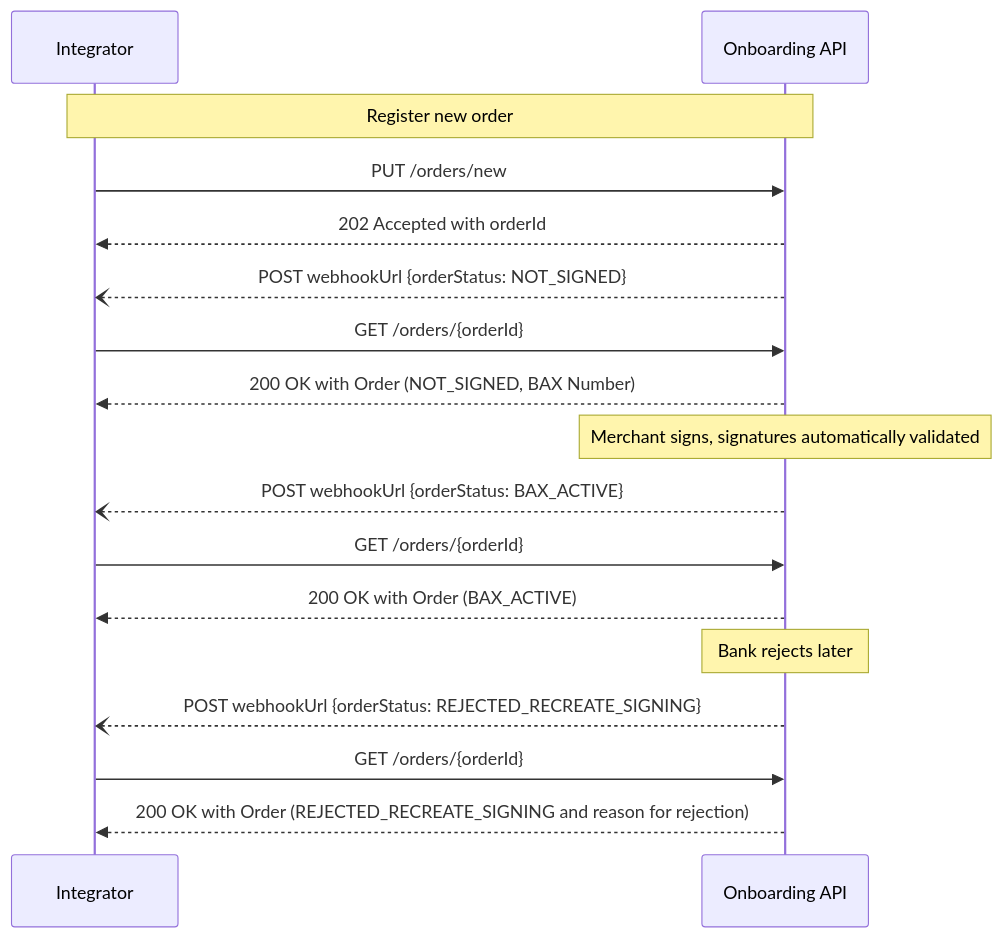
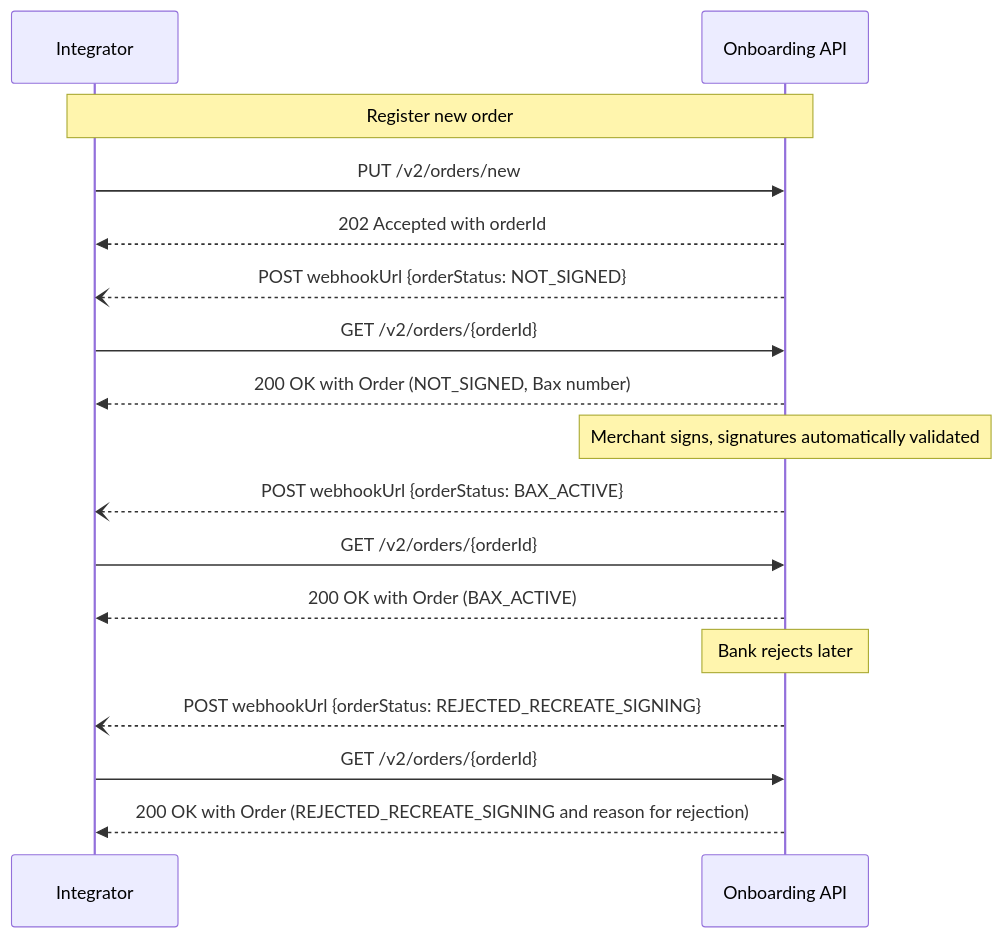
One commit to BankAxept/bankaxept-onboarding-external-documentation changed the seventh of 9 diagrams in docs/prod_flows.md. Above: the diagram before and after it, drawn with Mermaid. The commit also changed other lines of this file and 7 other files, not shown here.

````diff
--- a/docs/prod_flows.md
+++ b/docs/prod_flows.md
@@ -184,23 +184,23 @@
     ```mermaid
     sequenceDiagram
     participant I as Integrator
     participant O as Onboarding API
 
     note over I, O: Register new order
-    I ->> O: PUT /orders/new
+    I ->> O: PUT /v2/orders/new
     O -->> I: 202 Accepted with orderId
 
     O --) I: POST webhookUrl {orderStatus: NOT_SIGNED}
-    I ->> O : GET /orders/{orderId}
-    O -->> I: 200 OK with Order (NOT_SIGNED, BAX Number)
+    I ->> O : GET /v2/orders/{orderId}
+    O -->> I: 200 OK with Order (NOT_SIGNED, Bax number)
 
     note over O: Merchant signs, signatures automatically validated
     O --) I: POST webhookUrl {orderStatus: BAX_ACTIVE}
-    I ->> O : GET /orders/{orderId}
+    I ->> O : GET /v2/orders/{orderId}
     O -->> I: 200 OK with Order (BAX_ACTIVE)
 
     note over O: Bank rejects later
     O --) I: POST webhookUrl {orderStatus: REJECTED_RECREATE_SIGNING}
-    I ->> O : GET /orders/{orderId}
+    I ->> O : GET /v2/orders/{orderId}
     O -->> I: 200 OK with Order (REJECTED_RECREATE_SIGNING and reason for rejection)
     ```
````
